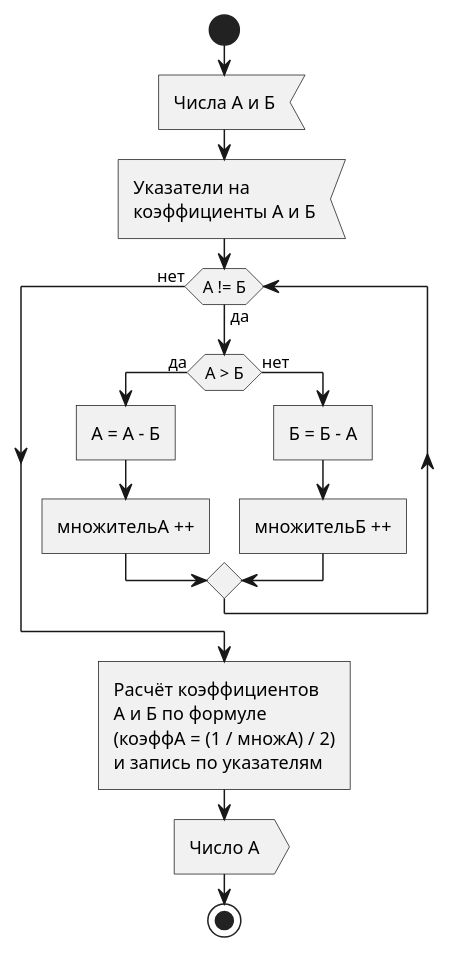
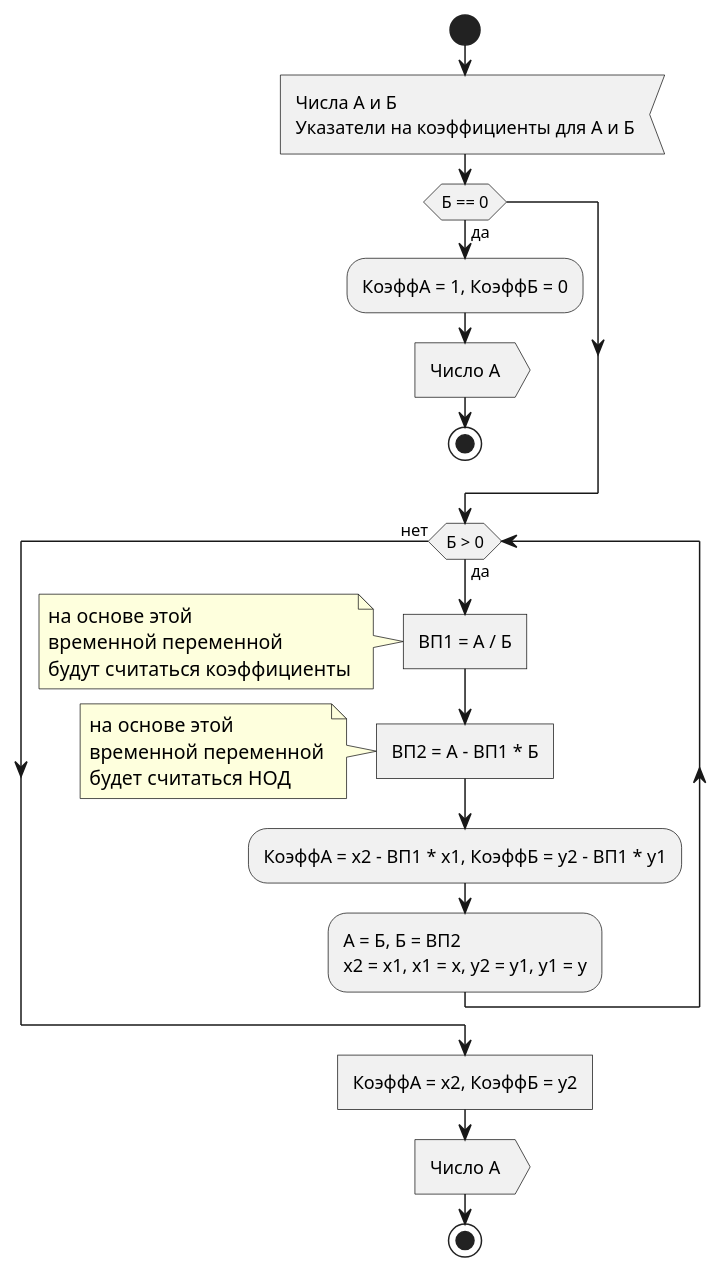
Before and after one commit to YA-NDT/IC-ADSC-TD: the diagram in Scenarios/2.4. Euclidus.puml, drawn with PlantUML. The commit also changed 1 other file, not shown here.

```diff
--- a/Scenarios/2.4. Euclidus.puml
+++ b/Scenarios/2.4. Euclidus.puml
@@ -1,21 +1,23 @@
 @startuml
 
 start
-:Числа А и Б<
-:Указатели на\nкоэффициенты А и Б<
+:Числа А и Б\nУказатели на коэффициенты для А и Б<
 
-while (А != Б) is (да)
-
-  if (А > Б) then (да)
-    :А = А - Б]
-    :множительА ++]
-  else (нет)
-    :Б = Б - А]
-    :множительБ ++]
-  endif
+if (Б == 0) then (да)
+  :КоэффА = 1, КоэффБ = 0;
+  :Число А>
+  stop
+endif
+while (Б > 0) is (да)
+	:ВП1 = А / Б]
+	note left: на основе этой\nвременной переменной\nбудут считаться коэффициенты
+	:ВП2 = А - ВП1 * Б]
+	note left: на основе этой\nвременной переменной\nбудет считаться НОД
+	:КоэффА = х2 - ВП1 * х1, КоэффБ = у2 - ВП1 * у1;
+	:А = Б, Б = ВП2\nх2 = х1, х1 = х, у2 = у1, у1 = у;
 endwhile (нет)
 
-:Расчёт коэффициентов\nА и Б по формуле\n(коэффА = (1 / множА) / 2)\nи запись по указателям]
+:КоэффА = х2, КоэффБ = у2]
 :Число А>
 stop
 @enduml
```
